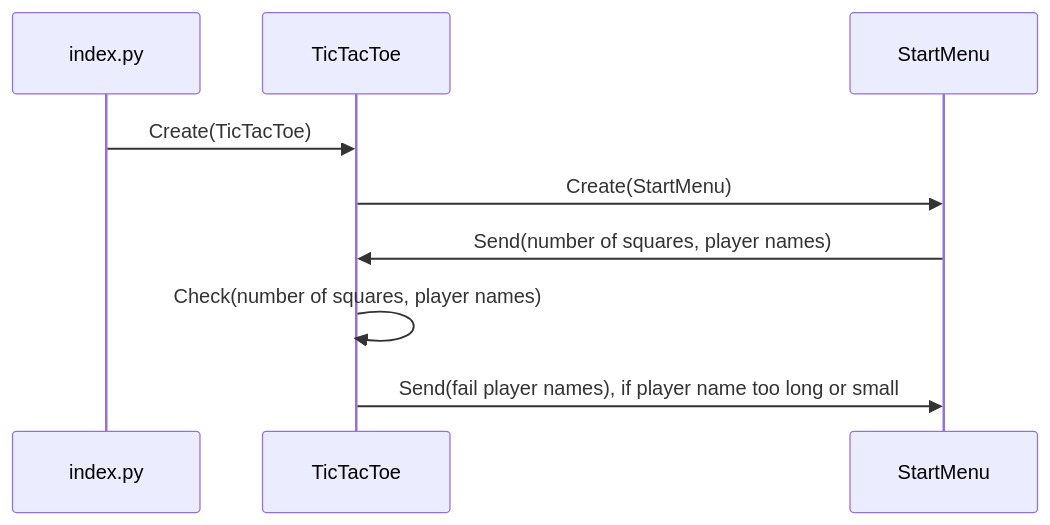
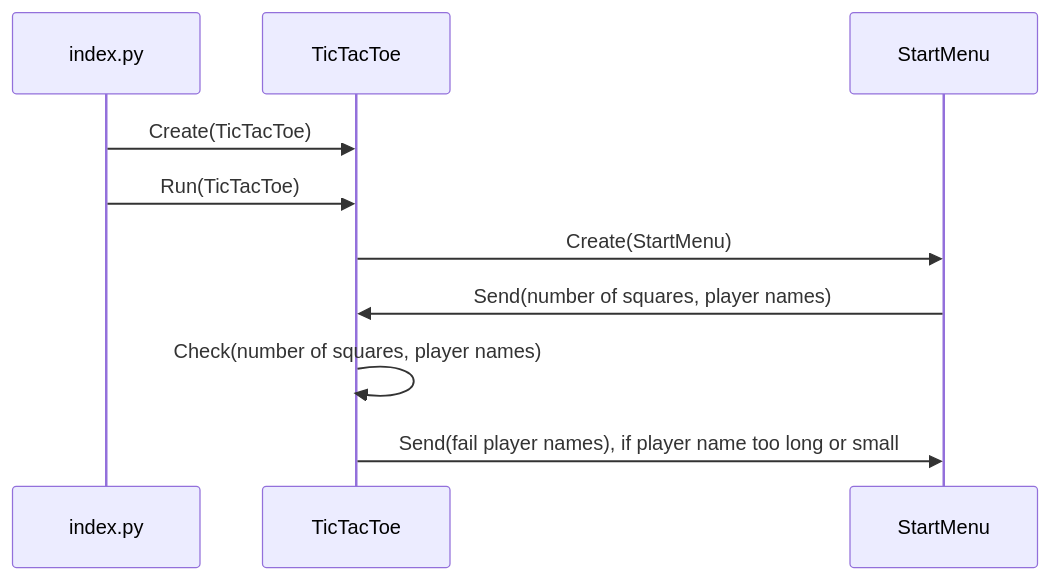
Before and after one commit to TatuSorjonen/ot-harjoitustyo: the second of 2 diagrams in maarittelydokumentti/arkkitehtuuri.md, drawn with Mermaid.

````diff
--- a/maarittelydokumentti/arkkitehtuuri.md
+++ b/maarittelydokumentti/arkkitehtuuri.md
@@ -92,11 +92,12 @@
 ```mermaid
 sequenceDiagram
   participant index.py
   participant TicTacToe
   participant StartMenu
   index.py->> TicTacToe: Create(TicTacToe)
+  index.py->> TicTacToe: Run(TicTacToe)
   TicTacToe->> StartMenu: Create(StartMenu)
   StartMenu->> TicTacToe: Send(number of squares, player names)
   TicTacToe->> TicTacToe: Check(number of squares, player names)
   TicTacToe->> StartMenu: Send(fail player names), if player name too long or small
 ```
````
